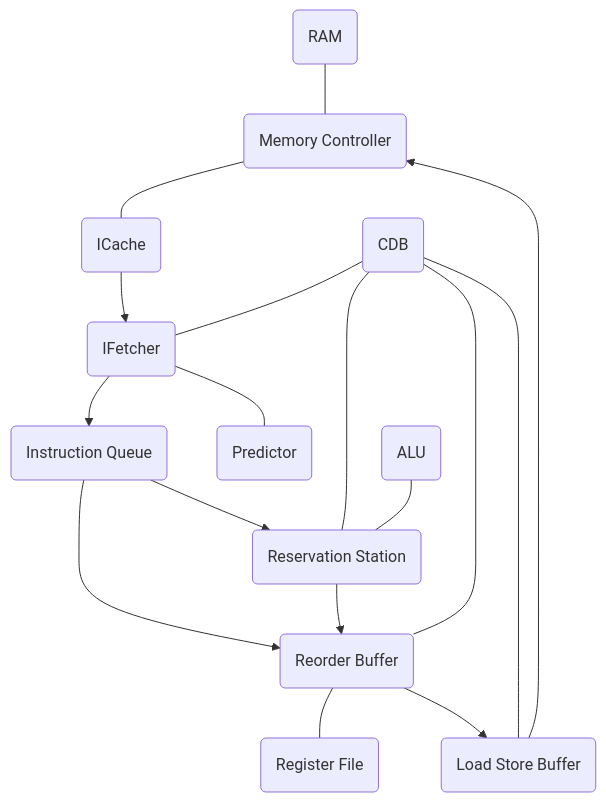
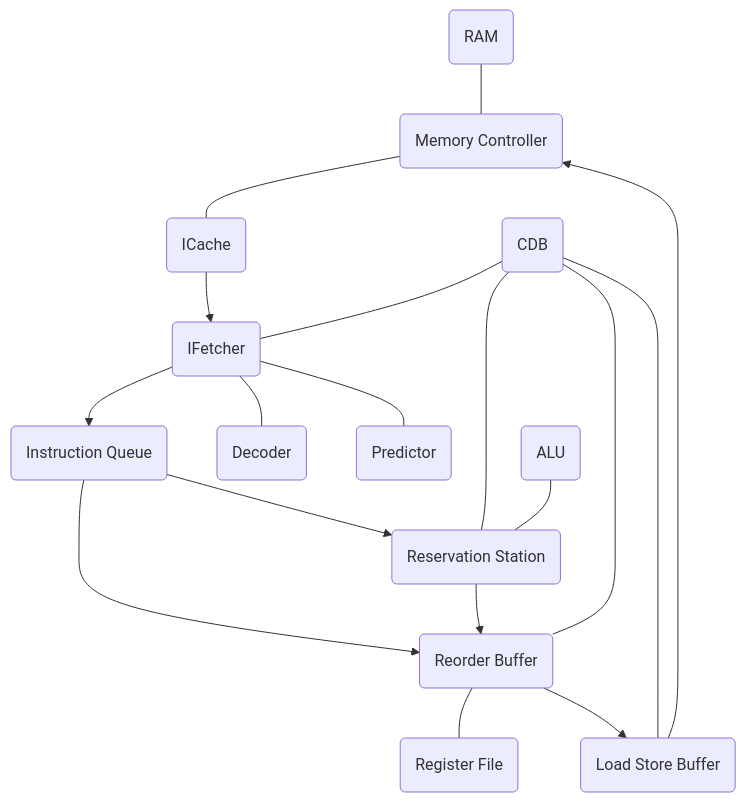
The diagram in README.md (HenryHe0123/RISC-V-CPU), drawn with Mermaid before and after one commit. The commit also changed 4 other files, not shown here.

````diff
--- a/README.md
+++ b/README.md
@@ -7,19 +7,20 @@
 ```mermaid
 flowchart TD
     A(RAM) --- B(Memory Controller)
     B --- C(ICache)
     C --> D(IFetcher) 
     D --> E(Instruction Queue)
+    D --- M(Decoder)
     D --- L(Predictor)
     E --> F(Reservation Station)
     E --> G(Reorder Buffer)
     F --> G
     G --- H(Register File)
     G --> I(Load Store Buffer)
     I --> B
     J(CDB) --- G
     J --- F 
     J --- D 
     J --- I
     K(ALU) --- F
 ```
````
